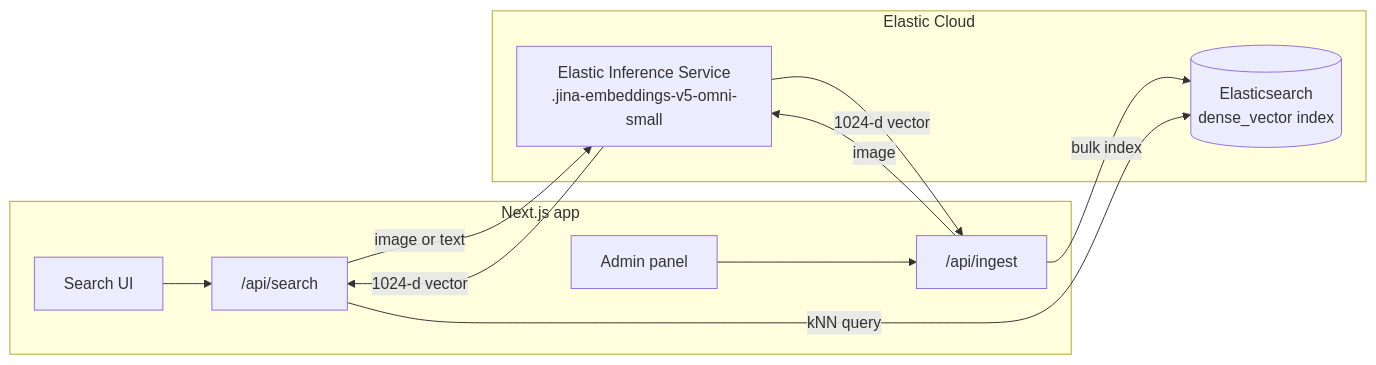
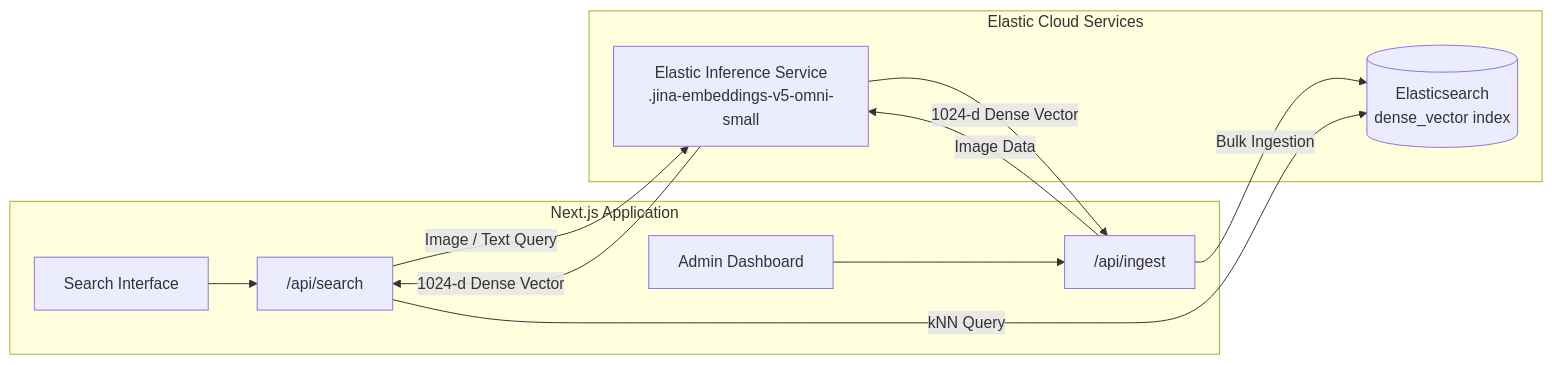
One commit to MadhavanAR/elastic-visual-search changed the diagram in README.md. Above: the diagram before and after it, drawn with Mermaid. The commit also changed other lines of this file, not shown here.

````diff
--- a/README.md
+++ b/README.md
@@ -34,16 +63,16 @@
 ```mermaid
 flowchart LR
-    subgraph App[Next.js app]
-        UI[Search UI] --> S["/api/search"]
-        A[Admin panel] --> I["/api/ingest"]
+    subgraph Client[Next.js Application]
+        UI[Search Interface] --> S["/api/search"]
+        A[Admin Dashboard] --> I["/api/ingest"]
     end
-    subgraph Elastic[Elastic Cloud]
+    subgraph ElasticCloud[Elastic Cloud Services]
         EIS[Elastic Inference Service<br/>.jina-embeddings-v5-omni-small]
         ES[(Elasticsearch<br/>dense_vector index)]
     end
-    I -- image --> EIS
-    S -- image or text --> EIS
-    EIS -- 1024-d vector --> I & S
-    I -- bulk index --> ES
-    S -- kNN query --> ES
+    I -- Image Data --> EIS
+    S -- Image / Text Query --> EIS
+    EIS -- 1024-d Dense Vector --> I & S
+    I -- Bulk Ingestion --> ES
+    S -- kNN Query --> ES
 ```
````
